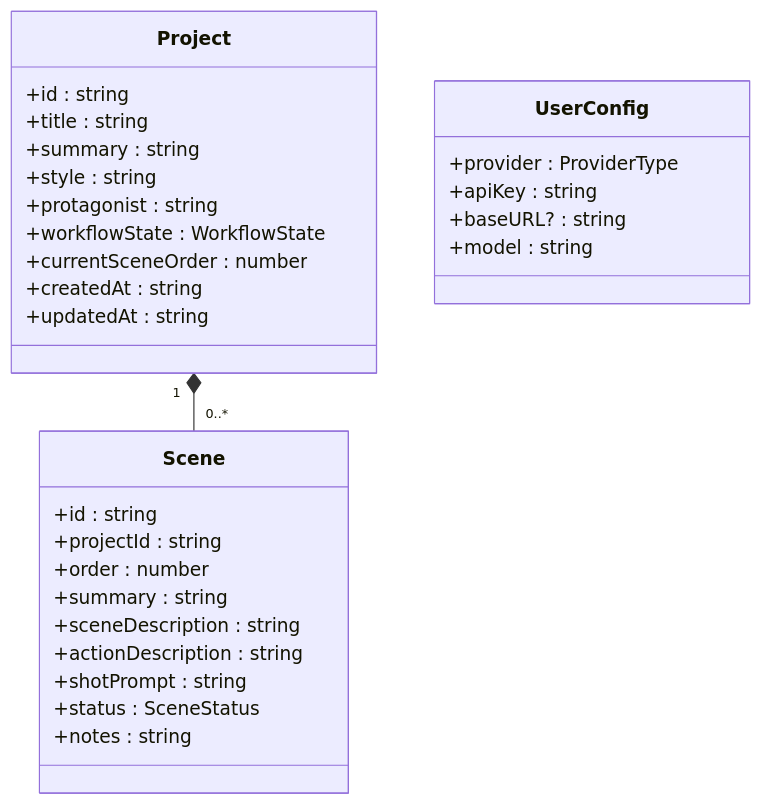
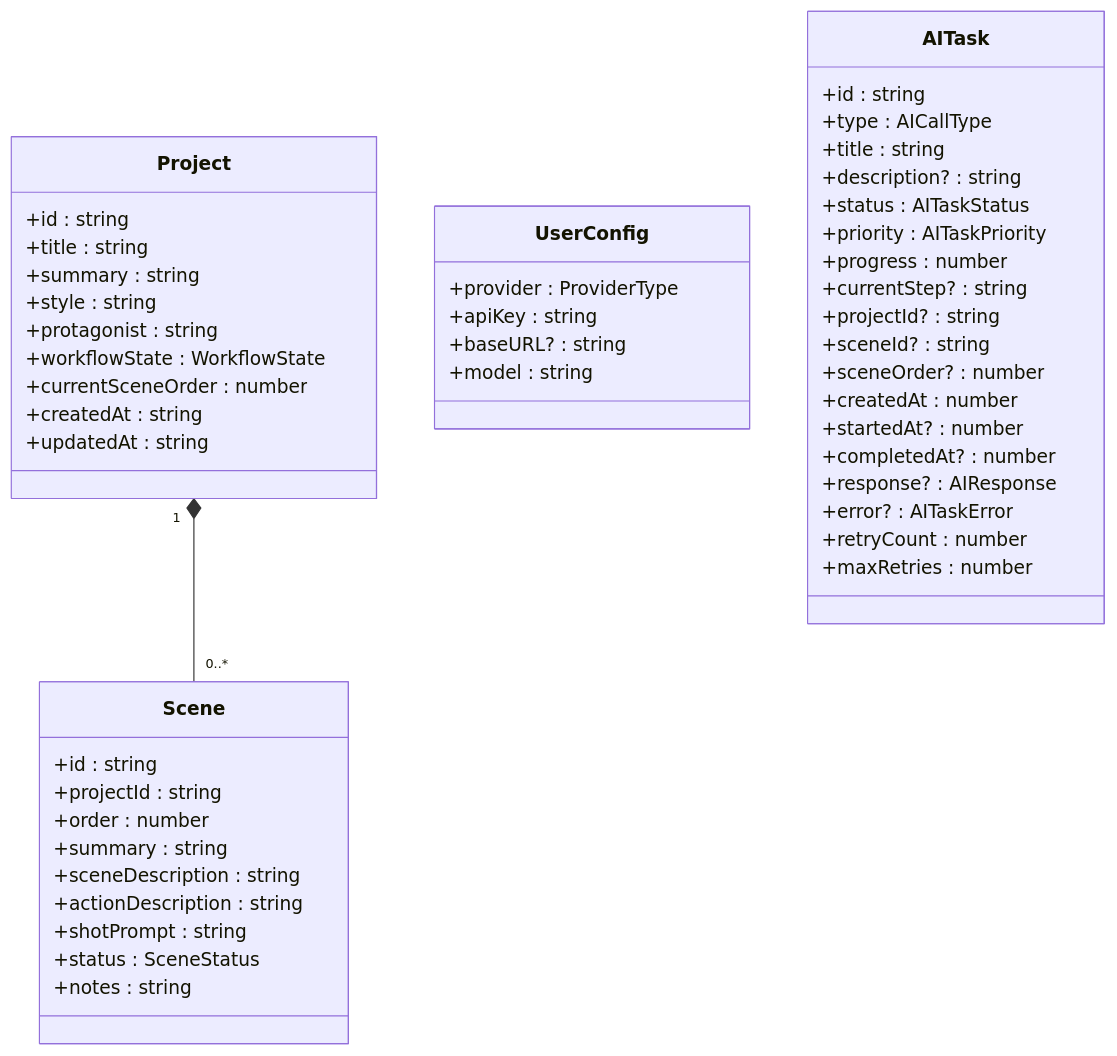
One commit to leonaiuv/aixsss changed the second of 9 diagrams in .qoder/repowiki/zh/content/开发指南/开发指南.md. Above: the diagram before and after it, drawn with Mermaid. The commit also changed other lines of this file and 5 other files, not shown here.

````diff
--- a/.qoder/repowiki/zh/content/开发指南/开发指南.md
+++ b/.qoder/repowiki/zh/content/开发指南/开发指南.md
@@ -88,32 +107,52 @@
 ```mermaid
 classDiagram
 class Project {
 +id : string
 +title : string
 +summary : string
 +style : string
 +protagonist : string
 +workflowState : WorkflowState
 +currentSceneOrder : number
 +createdAt : string
 +updatedAt : string
 }
 class Scene {
 +id : string
 +projectId : string
 +order : number
 +summary : string
 +sceneDescription : string
 +actionDescription : string
 +shotPrompt : string
 +status : SceneStatus
 +notes : string
 }
 class UserConfig {
 +provider : ProviderType
 +apiKey : string
 +baseURL? : string
 +model : string
 }
+class AITask {
++id : string
++type : AICallType
++title : string
++description? : string
++status : AITaskStatus
++priority : AITaskPriority
++progress : number
++currentStep? : string
++projectId? : string
++sceneId? : string
++sceneOrder? : number
++createdAt : number
++startedAt? : number
++completedAt? : number
++response? : AIResponse
++error? : AITaskError
++retryCount : number
++maxRetries : number
+}
 Project "1" *-- "0..*" Scene
 ```
````
